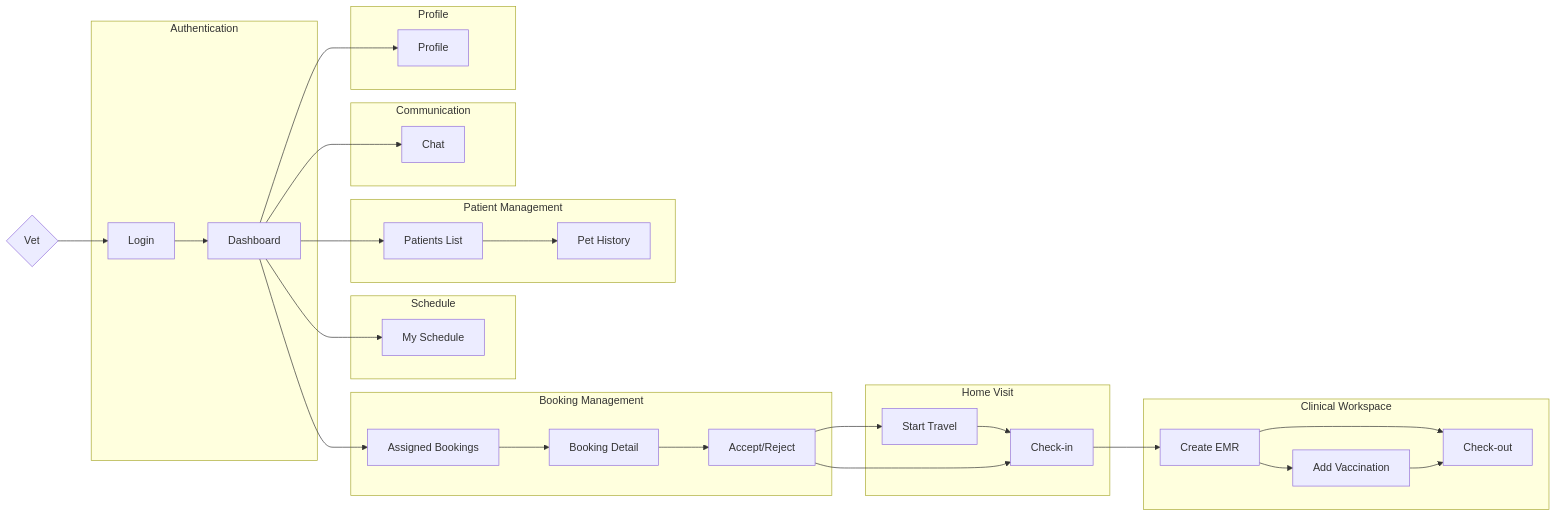
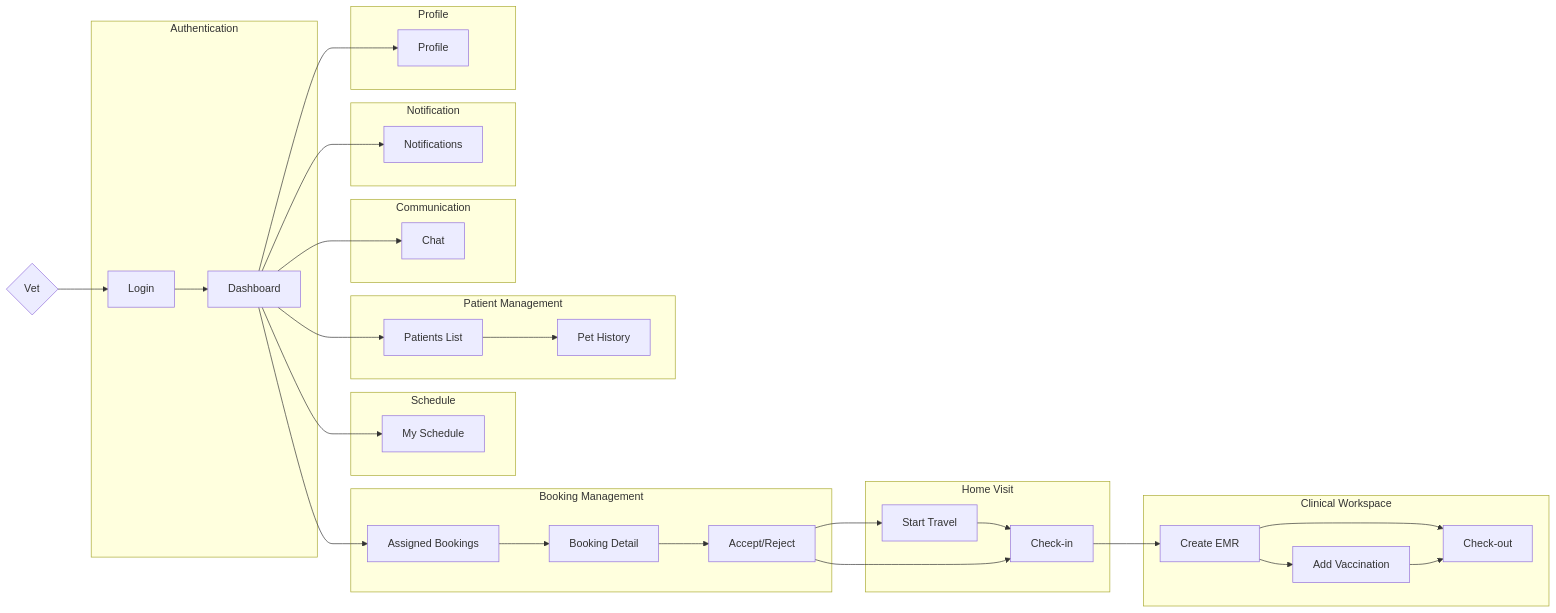
Before and after one commit to espresso23/Petties-Veterinary-Appointment-Booking-Platform: the fourth of 9 diagrams in docs-references/documentation/SRS/PETTIES_SRS.md, drawn with Mermaid. The commit also changed other lines of this file, not shown here.

First line of the commit message:
Update screen counts and add Notification subgraphs

````diff
--- a/docs-references/documentation/SRS/PETTIES_SRS.md
+++ b/docs-references/documentation/SRS/PETTIES_SRS.md
@@ -415,44 +415,48 @@
 ```mermaid
 flowchart LR
     VET{Vet} --> Login
 
     subgraph Authentication
         Login --> Dashboard
     end
 
     subgraph Schedule
         Dashboard --> MySchedule[My Schedule]
     end
 
     subgraph Booking_Management[Booking Management]
         Dashboard --> AssignedBookings[Assigned Bookings]
         AssignedBookings --> BookingDetail[Booking Detail]
         BookingDetail --> AcceptReject[Accept/Reject]
     end
 
     subgraph Home_Visit[Home Visit]
         AcceptReject --> StartTravel[Start Travel]
         StartTravel --> CheckIn[Check-in]
     end
 
     subgraph Clinical_Workspace[Clinical Workspace]
         AcceptReject --> CheckIn
         CheckIn --> CreateEMR[Create EMR]
         CreateEMR --> AddVaccination[Add Vaccination]
         CreateEMR --> CheckOut[Check-out]
         AddVaccination --> CheckOut
     end
 
     subgraph Patient_Management[Patient Management]
         Dashboard --> PatientsList[Patients List]
         PatientsList --> PetHistory[Pet History]
     end
 
     subgraph Communication
         Dashboard --> Chat
     end
 
+    subgraph Notification
+        Dashboard --> Notifications
+    end
+
     subgraph Profile
         Dashboard --> ProfileScreen[Profile]
     end
 ```
````
